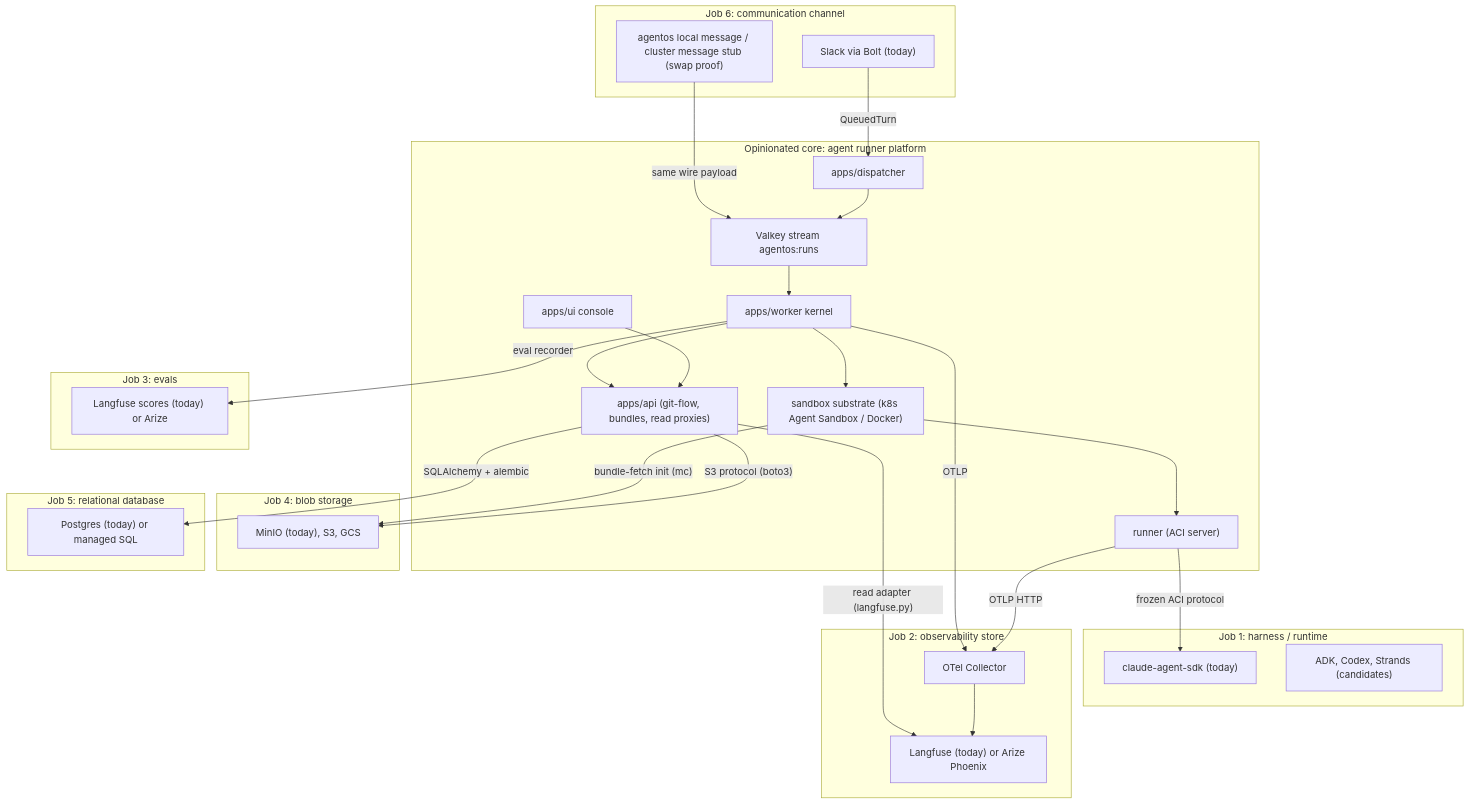
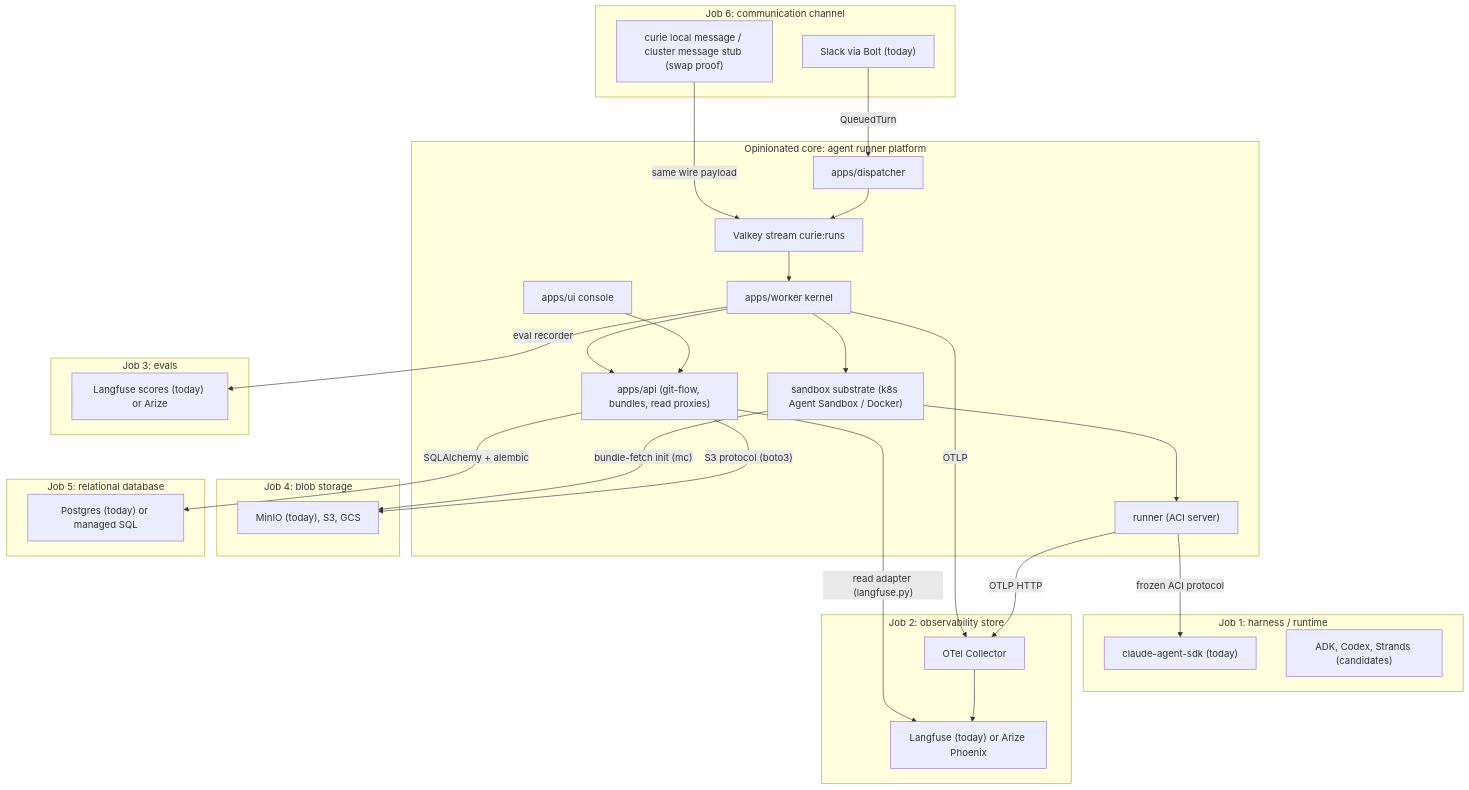
One commit to coinleftt/curie changed the diagram in docs/architecture-vision.md. Above: the diagram before and after it, drawn with Mermaid. The commit also changed other lines of this file and 840 other files, not shown here.

````diff
--- a/docs/architecture-vision.md
+++ b/docs/architecture-vision.md
@@ -233,54 +233,54 @@
 ```mermaid
 flowchart TB
     subgraph channel["Job 6: communication channel"]
         Slack["Slack via Bolt (today)"]
-        CLIStub["agentos local message / cluster message stub (swap proof)"]
+        CLIStub["curie local message / cluster message stub (swap proof)"]
     end
 
     subgraph core["Opinionated core: agent runner platform"]
         Dispatcher["apps/dispatcher"]
-        Queue["Valkey stream agentos:runs"]
+        Queue["Valkey stream curie:runs"]
         Worker["apps/worker kernel"]
         Substrate["sandbox substrate (k8s Agent Sandbox / Docker)"]
         Runner["runner (ACI server)"]
         API["apps/api (git-flow, bundles, read proxies)"]
         UI["apps/ui console"]
         Dispatcher --> Queue --> Worker --> Substrate --> Runner
         UI --> API
         Worker --> API
     end
 
     subgraph harness["Job 1: harness / runtime"]
         SDK["claude-agent-sdk (today)"]
         HarnessAlt["ADK, Codex, Strands (candidates)"]
     end
 
     subgraph obs["Job 2: observability store"]
         Collector["OTel Collector"]
         Langfuse["Langfuse (today) or Arize Phoenix"]
         Collector --> Langfuse
     end
 
     subgraph evals["Job 3: evals"]
         EvalStore["Langfuse scores (today) or Arize"]
     end
 
     subgraph blob["Job 4: blob storage"]
         S3["MinIO (today), S3, GCS"]
     end
 
     subgraph db["Job 5: relational database"]
         PG["Postgres (today) or managed SQL"]
     end
 
     Slack -- "QueuedTurn" --> Dispatcher
     CLIStub -- "same wire payload" --> Queue
     Runner -- "frozen ACI protocol" --> SDK
     Runner -- "OTLP HTTP" --> Collector
     Worker -- "OTLP" --> Collector
     API -- "read adapter (langfuse.py)" --> Langfuse
     Worker -- "eval recorder" --> EvalStore
     API -- "S3 protocol (boto3)" --> S3
     Substrate -- "bundle-fetch init (mc)" --> S3
     API -- "SQLAlchemy + alembic" --> PG
 ```
````
